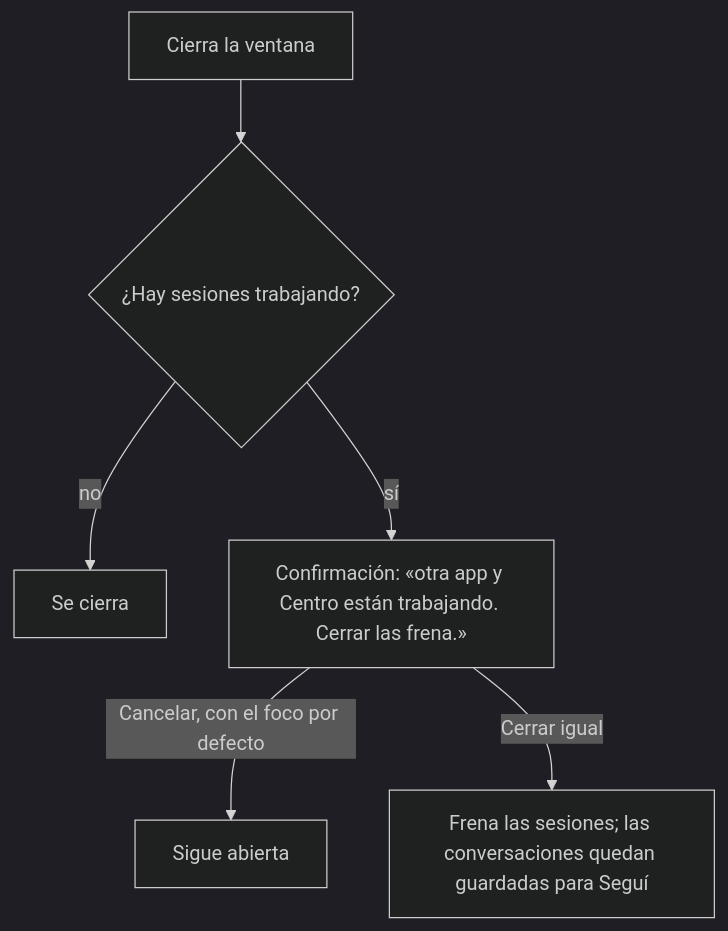
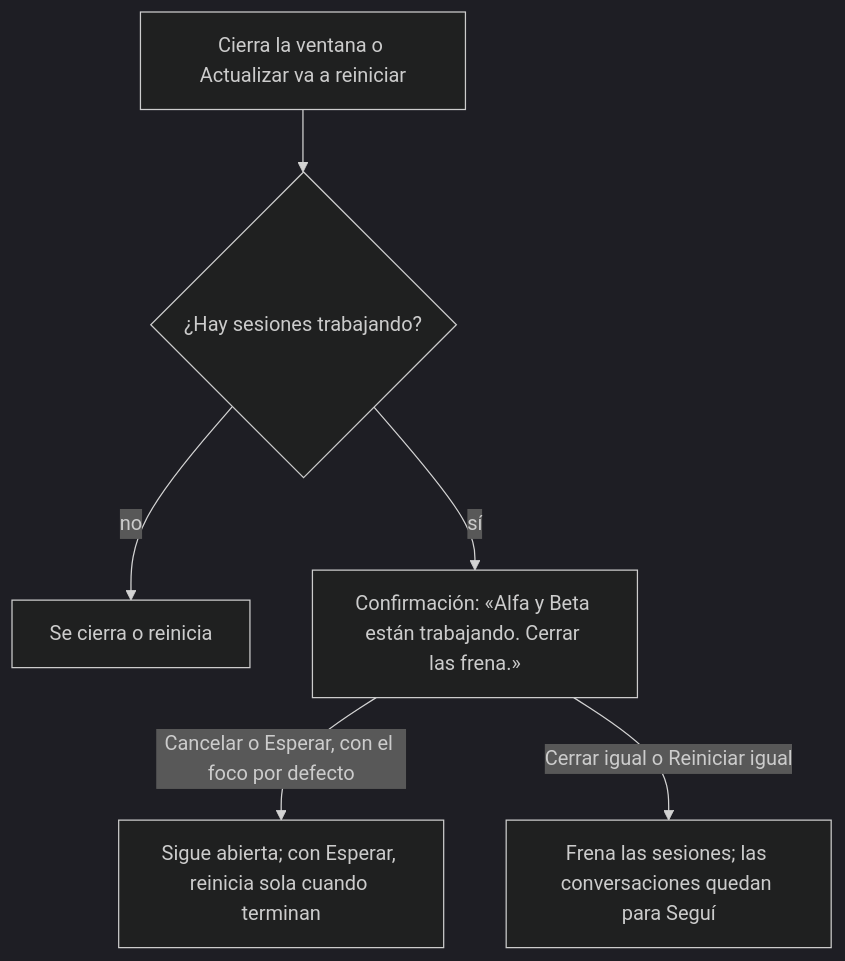
Before and after one commit to LlanosLautaro/Iridium: the sixth of 9 diagrams in docs/04-ux.md, drawn with Mermaid (dark theme). The commit also changed other lines of this file and 13 other files, not shown here.

````diff
--- a/docs/04-ux.md
+++ b/docs/04-ux.md
@@ -223,8 +261,8 @@
 ```mermaid
 flowchart TD
-  A[Cierra la ventana] --> B{¿Hay sesiones trabajando?}
-  B -->|no| C[Se cierra]
-  B -->|sí| D[Confirmación: «otra app y Centro están trabajando. Cerrar las frena.»]
-  D -->|Cancelar, con el foco por defecto| E[Sigue abierta]
-  D -->|Cerrar igual| F[Frena las sesiones; las conversaciones quedan guardadas para Seguí]
+  A[Cierra la ventana o Actualizar va a reiniciar] --> B{¿Hay sesiones trabajando?}
+  B -->|no| C[Se cierra o reinicia]
+  B -->|sí| D[Confirmación: «Alfa y Beta están trabajando. Cerrar las frena.»]
+  D -->|Cancelar o Esperar, con el foco por defecto| E[Sigue abierta; con Esperar, reinicia sola cuando terminan]
+  D -->|Cerrar igual o Reiniciar igual| F[Frena las sesiones; las conversaciones quedan para Seguí]
 ```
````
